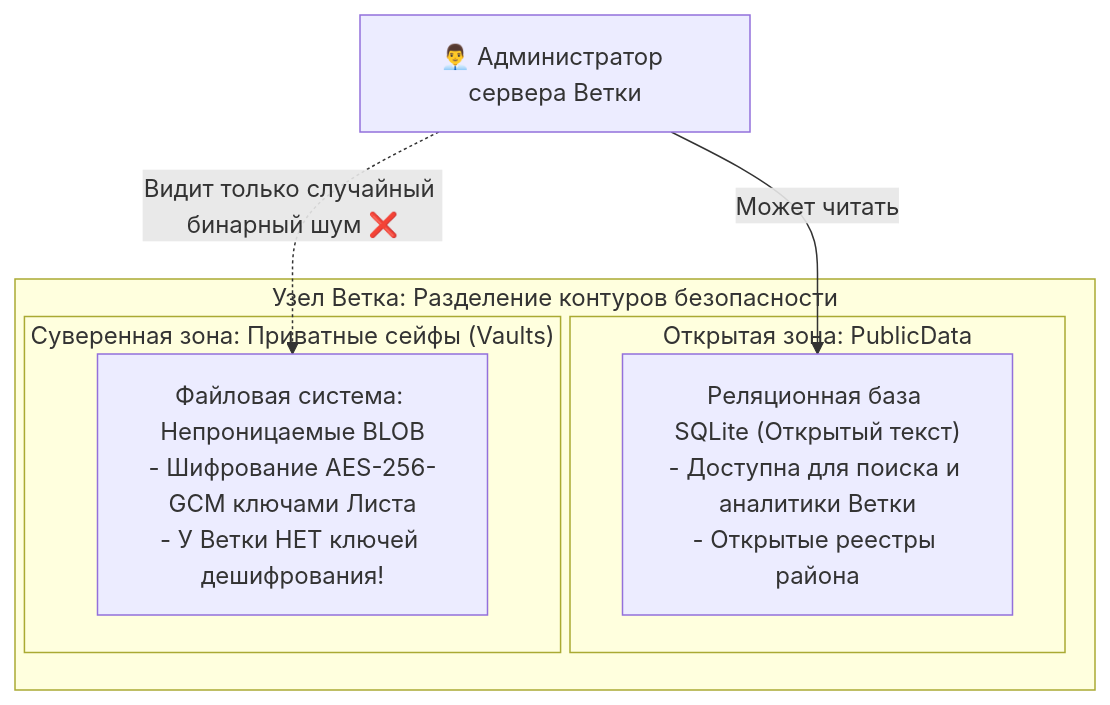
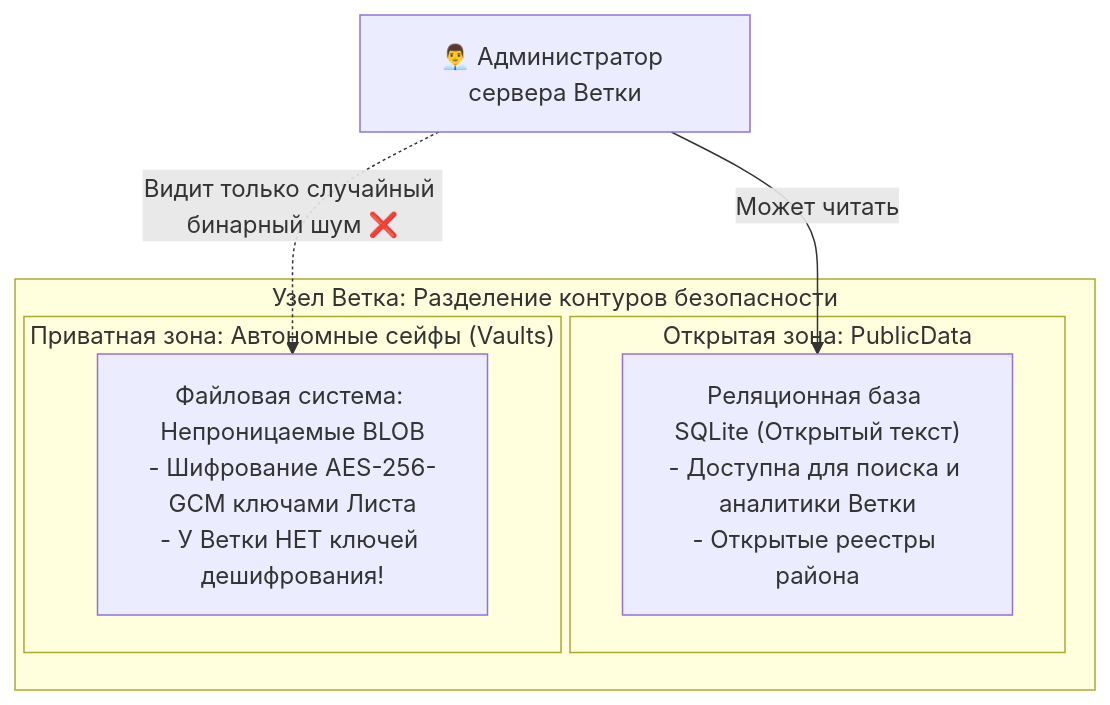
Diagram 13 of 13 in architecture_presentations/04_branch_pipeline_and_storage/docs/presentation_deck.md (Data-Independence-Network/presentations), drawn with Mermaid before and after one commit. The commit also changed other lines of this file and 81 other files, not shown here.

```diff
--- a/architecture_presentations/04_branch_pipeline_and_storage/docs/presentation_deck.md
+++ b/architecture_presentations/04_branch_pipeline_and_storage/docs/presentation_deck.md
@@ -693,15 +693,15 @@
         <div class="mermaid">
 graph TB
     subgraph BranchNode["Узел Ветка: Разделение контуров безопасности"]
         subgraph PublicZone["Открытая зона: PublicData"]
             PubDB["Реляционная база SQLite (Открытый текст)<br/>- Доступна для поиска и аналитики Ветки<br/>- Открытые реестры района"]
         end
 
-        subgraph PrivateZone["Суверенная зона: Приватные сейфы (Vaults)"]
+        subgraph PrivateZone["Приватная зона: Автономные сейфы (Vaults)"]
             PrivFS["Файловая система: Непроницаемые BLOB<br/>- Шифрование AES-256-GCM ключами Листа<br/>- У Ветки НЕТ ключей дешифрования!"]
         end
     end
 
     Admin["👨‍💼 Администратор сервера Ветки"] -->|Может читать| PubDB
     Admin -.->|Видит только случайный бинарный шум ❌| PrivFS
         </div>
```
